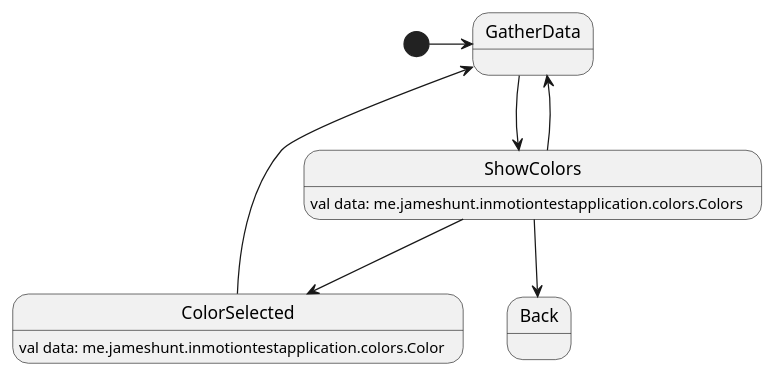
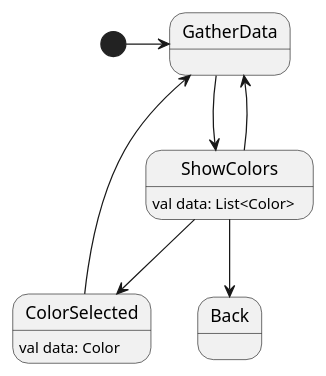
One commit to huntj88/FlowSampleApp changed the diagram in app/src/main/java/me/jameshunt/inmotiontestapplication/colors/Color.puml. Above: the diagram before and after it, drawn with PlantUML. The commit also changed other lines of this file and 10 other files, not shown here.

```diff
--- a/app/src/main/java/me/jameshunt/inmotiontestapplication/colors/Color.puml
+++ b/app/src/main/java/me/jameshunt/inmotiontestapplication/colors/Color.puml
@@ -1,13 +3,13 @@
 @startuml
 
-ShowColors: val data: me.jameshunt.inmotiontestapplication.colors.Colors
-ColorSelected: val data: me.jameshunt.inmotiontestapplication.colors.Color
+ShowColors: val data: List<Color>
+ColorSelected: val data: Color
 
 [*] -> GatherData
 GatherData --> ShowColors
 ShowColors --> ColorSelected
 ShowColors --> GatherData
 ShowColors --> Back
 ColorSelected --> GatherData
 
 @enduml
```
